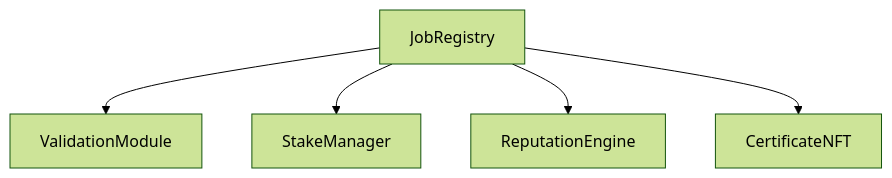
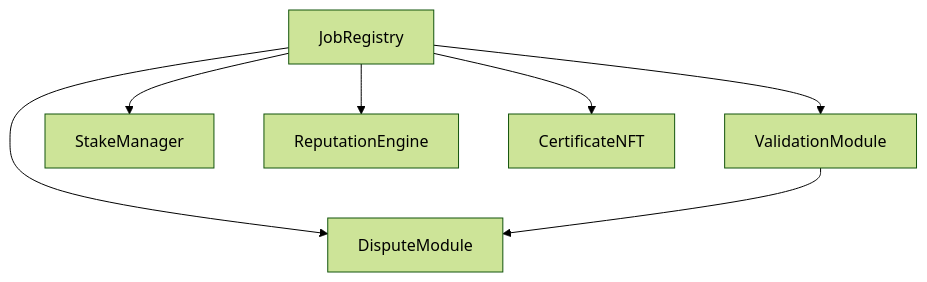
The first of 2 diagrams in README.md (MontrealAI/AGIJobsv0), drawn with Mermaid (forest theme) before and after one commit. The commit also changed other lines of this file and 2 other files, not shown here.

Commit message:
feat: add dispute module wiring

````diff
--- a/README.md
+++ b/README.md
@@ -31,7 +32,9 @@
 ```mermaid
 graph TD
     JobRegistry --> ValidationModule
     JobRegistry --> StakeManager
     JobRegistry --> ReputationEngine
+    JobRegistry --> DisputeModule
+    ValidationModule --> DisputeModule
     JobRegistry --> CertificateNFT
 ```
````
